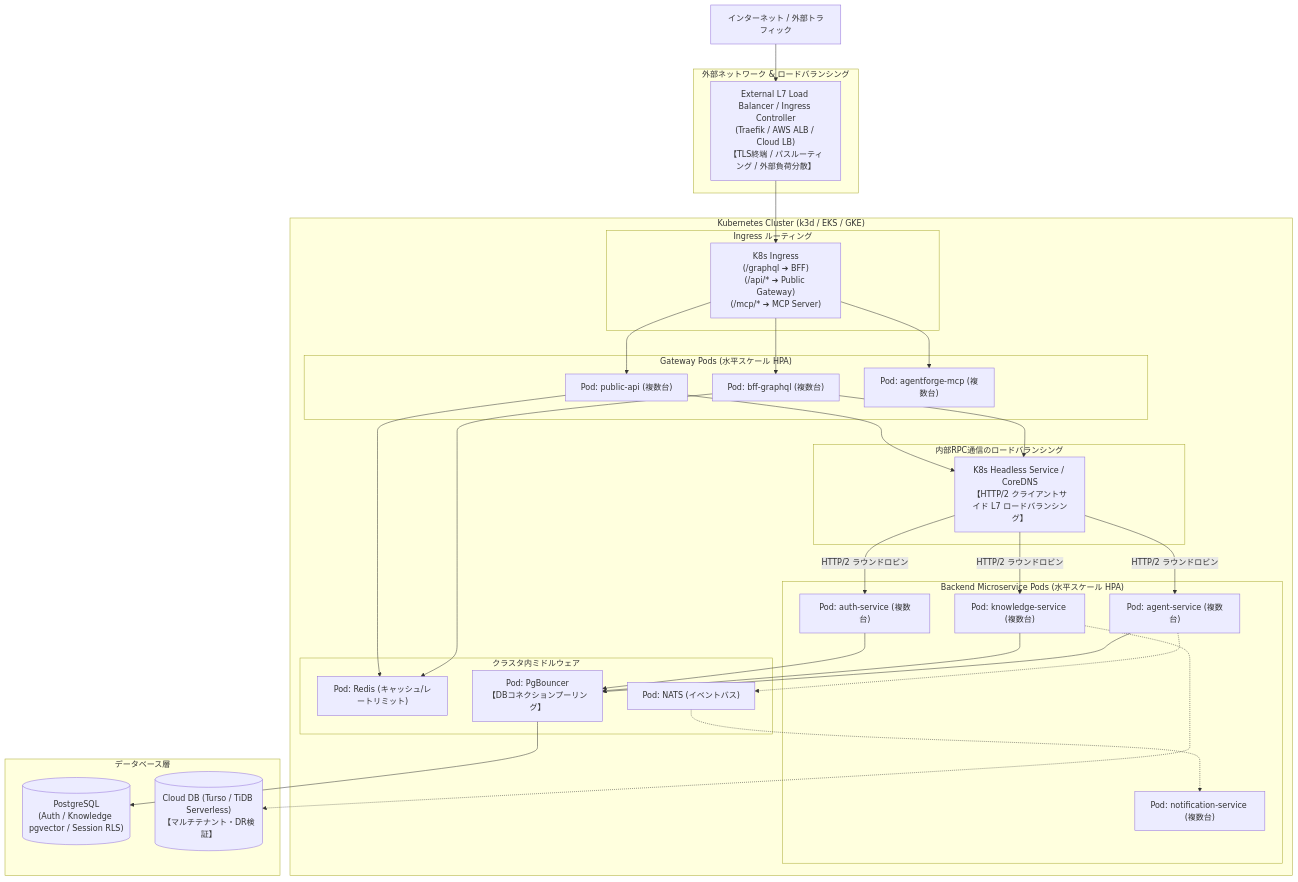
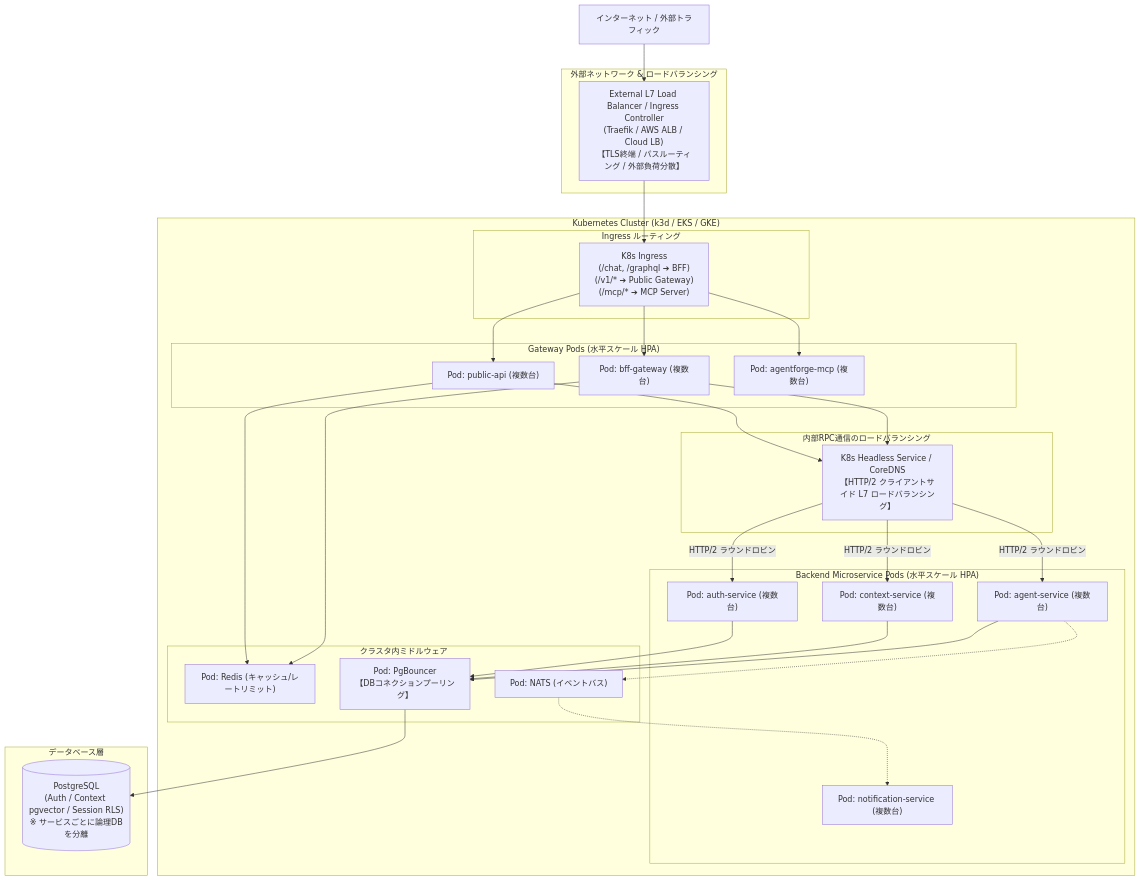
Before and after one commit to simorgh3196/golang-microservice-sample: the third of 3 diagrams in docs/architecture.md, drawn with Mermaid. The commit also changed other lines of this file and 12 other files, not shown here.

````diff
--- a/docs/architecture.md
+++ b/docs/architecture.md
@@ -112,65 +120,63 @@
 ```mermaid
 flowchart TB
     InternetUser["インターネット / 外部トラフィック"]
 
     subgraph EdgeNetwork ["外部ネットワーク & ロードバランシング"]
         ExtLB["External L7 Load Balancer / Ingress Controller\n(Traefik / AWS ALB / Cloud LB)\n【TLS終端 / パスルーティング / 外部負荷分散】"]
     end
 
     subgraph K8sCluster ["Kubernetes Cluster (k3d / EKS / GKE)"]
         subgraph IngressRouting ["Ingress ルーティング"]
-            IngressRule["K8s Ingress\n(/graphql ➔ BFF)\n(/api/* ➔ Public Gateway)\n(/mcp/* ➔ MCP Server)"]
+            IngressRule["K8s Ingress\n(/chat, /graphql ➔ BFF)\n(/v1/* ➔ Public Gateway)\n(/mcp/* ➔ MCP Server)"]
         end
 
         subgraph GatewayPods ["Gateway Pods (水平スケール HPA)"]
-            Pod_BFF["Pod: bff-graphql (複数台)"]
+            Pod_BFF["Pod: bff-gateway (複数台)"]
             Pod_Pub["Pod: public-api (複数台)"]
             Pod_MCP["Pod: agentforge-mcp (複数台)"]
         end
 
         subgraph InternalLB ["内部RPC通信のロードバランシング"]
             HeadlessSVC["K8s Headless Service / CoreDNS\n【HTTP/2 クライアントサイド L7 ロードバランシング】"]
         end
 
         subgraph MicroservicePods ["Backend Microservice Pods (水平スケール HPA)"]
             Pod_Auth["Pod: auth-service (複数台)"]
             Pod_Agent["Pod: agent-service (複数台)"]
-            Pod_Knowledge["Pod: knowledge-service (複数台)"]
+            Pod_Knowledge["Pod: context-service (複数台)"]
             Pod_Notify["Pod: notification-service (複数台)"]
         end
 
         subgraph MiddlewarePods ["クラスタ内ミドルウェア"]
             Pod_Redis["Pod: Redis (キャッシュ/レートリミット)"]
             Pod_NATS["Pod: NATS (イベントバス)"]
             Pod_PgBouncer["Pod: PgBouncer\n【DBコネクションプーリング】"]
         end
     end
 
     subgraph Databases ["データベース層"]
-        DB_Postgres[("PostgreSQL\n(Auth / Knowledge pgvector / Session RLS)")]
-        DB_Cloud[("Cloud DB (Turso / TiDB Serverless)\n【マルチテナント・DR検証】")]
+        DB_Postgres[("PostgreSQL\n(Auth / Context pgvector / Session RLS)\n※ サービスごとに論理DBを分離")]
     end
 
     InternetUser --> ExtLB
     ExtLB --> IngressRule
     IngressRule --> Pod_BFF
     IngressRule --> Pod_Pub
     IngressRule --> Pod_MCP
 
     Pod_BFF --> HeadlessSVC
     Pod_Pub --> HeadlessSVC
     HeadlessSVC -->|"HTTP/2 ラウンドロビン"| Pod_Auth
     HeadlessSVC -->|"HTTP/2 ラウンドロビン"| Pod_Agent
     HeadlessSVC -->|"HTTP/2 ラウンドロビン"| Pod_Knowledge
 
     Pod_Agent --> Pod_PgBouncer
     Pod_Knowledge --> Pod_PgBouncer
     Pod_Auth --> Pod_PgBouncer
     Pod_PgBouncer --> DB_Postgres
-    Pod_Knowledge -.-> DB_Cloud
 
     Pod_Agent -.-> Pod_NATS
     Pod_NATS -.-> Pod_Notify
     Pod_BFF --> Pod_Redis
     Pod_Pub --> Pod_Redis
 ```
````
